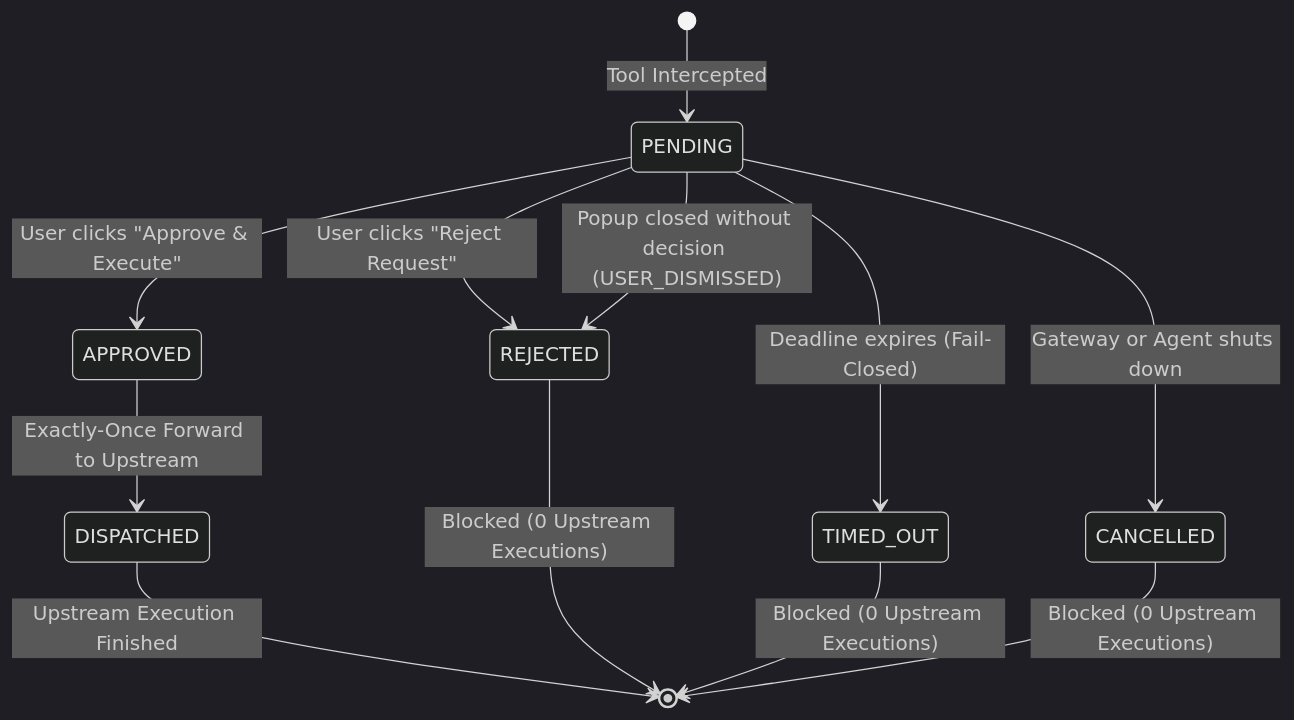
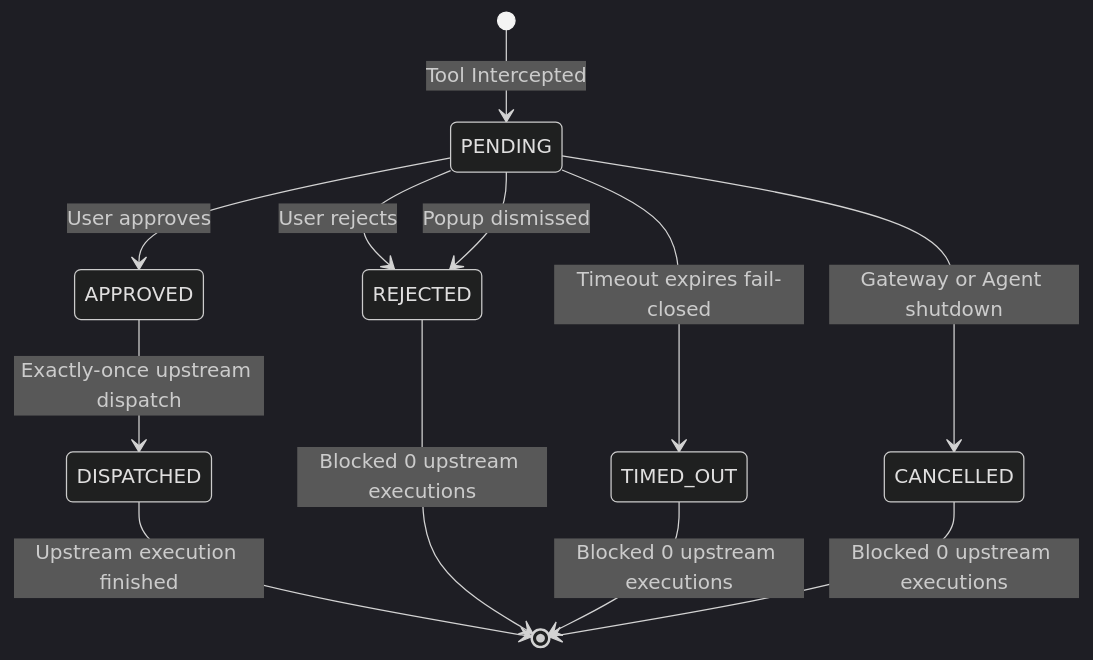
Before and after one commit to shubhamsahu4747/mcp-monitoring: the third of 3 diagrams in README.md, drawn with Mermaid (dark theme). The commit also changed other lines of this file and 5 other files, not shown here.

````diff
--- a/README.md
+++ b/README.md
@@ -155,15 +155,15 @@
 ```mermaid
 stateDiagram-v2
     [*] --> PENDING: Tool Intercepted
-    PENDING --> APPROVED: User clicks "Approve & Execute"
-    PENDING --> REJECTED: User clicks "Reject Request"
-    PENDING --> REJECTED: Popup closed without decision (USER_DISMISSED)
-    PENDING --> TIMED_OUT: Deadline expires (Fail-Closed)
-    PENDING --> CANCELLED: Gateway or Agent shuts down
+    PENDING --> APPROVED: User approves
+    PENDING --> REJECTED: User rejects
+    PENDING --> REJECTED: Popup dismissed
+    PENDING --> TIMED_OUT: Timeout expires fail-closed
+    PENDING --> CANCELLED: Gateway or Agent shutdown
 
-    APPROVED --> DISPATCHED: Exactly-Once Forward to Upstream
-    DISPATCHED --> [*]: Upstream Execution Finished
-    REJECTED --> [*]: Blocked (0 Upstream Executions)
-    TIMED_OUT --> [*]: Blocked (0 Upstream Executions)
-    CANCELLED --> [*]: Blocked (0 Upstream Executions)
+    APPROVED --> DISPATCHED: Exactly-once upstream dispatch
+    DISPATCHED --> [*]: Upstream execution finished
+    REJECTED --> [*]: Blocked 0 upstream executions
+    TIMED_OUT --> [*]: Blocked 0 upstream executions
+    CANCELLED --> [*]: Blocked 0 upstream executions
 ```
````
